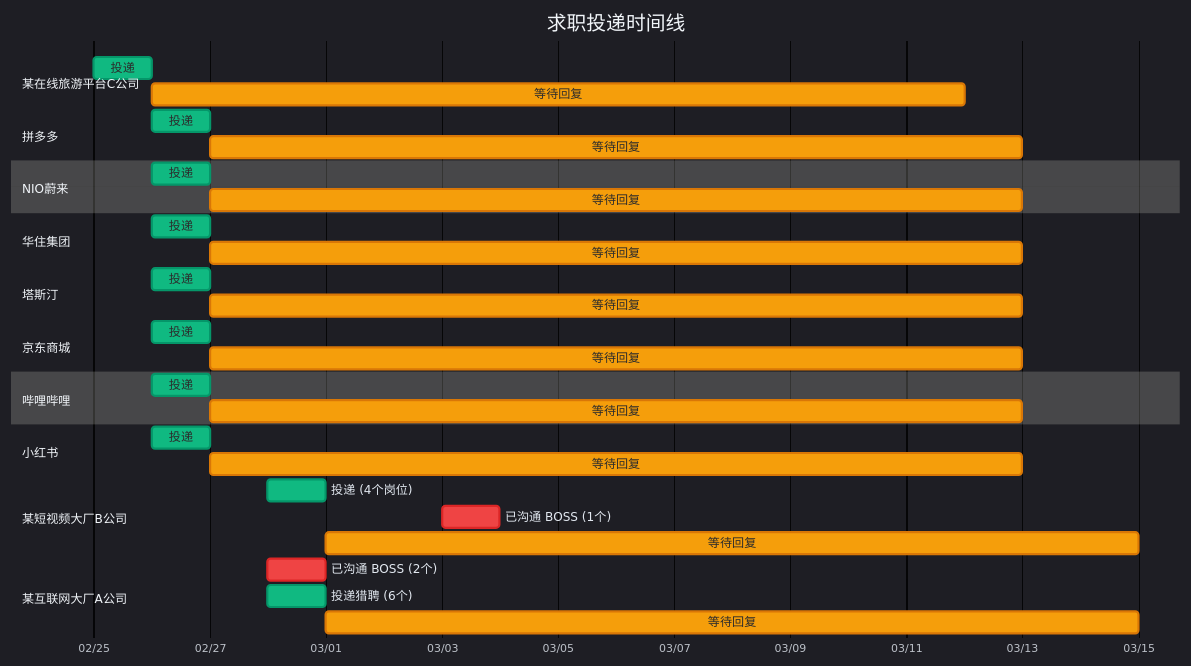
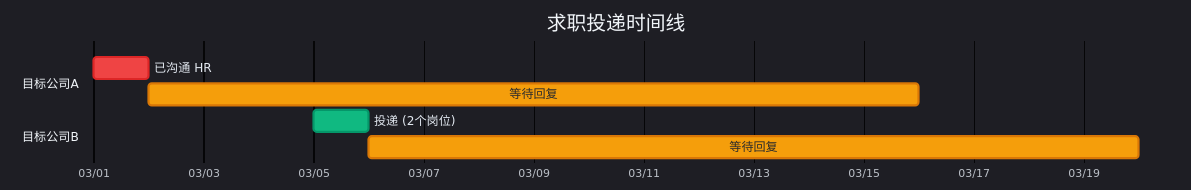
Before and after one commit to XinyuWang98/level-up: the second of 2 diagrams in 02_速查手册/docs/17_interview_prep.md, drawn with Mermaid. The commit also changed other lines of this file and 2 other files, not shown here.

````diff
--- a/02_速查手册/docs/17_interview_prep.md
+++ b/02_速查手册/docs/17_interview_prep.md
@@ -635,49 +635,15 @@
 ```mermaid
 %%{init: {'theme': 'dark', 'themeVariables': {'primaryColor': '#3b82f6', 'primaryTextColor': '#fff', 'primaryBorderColor': '#2563eb', 'secondaryColor': '#f59e0b', 'secondaryTextColor': '#fff', 'secondaryBorderColor': '#d97706', 'tertiaryColor': '#10b981', 'lineColor': '#64748b', 'textColor': '#e2e8f0', 'titleColor': '#f1f5f9', 'sectionBkgColor': 'transparent', 'altSectionBkgColor': 'transparent', 'gridColor': '#475569', 'doneTaskBkgColor': '#10b981', 'doneTaskBorderColor': '#059669', 'activeTaskBkgColor': '#f59e0b', 'activeTaskBorderColor': '#d97706', 'taskBkgColor': '#3b82f6', 'taskBorderColor': '#2563eb', 'taskTextColor': '#ffffff', 'taskTextOutsideColor': '#e2e8f0', 'critBkgColor': '#ef4444', 'critBorderColor': '#dc2626', 'todayLineColor': '#f43f5e'}}}%%
 gantt
     title 求职投递时间线
     dateFormat YYYY-MM-DD
     axisFormat %m/%d
 
-    section 某在线旅游平台C公司
-    投递 :done, ctrip, 2026-02-25, 1d
-    等待回复 :active, ctrip_wait, after ctrip, 14d
+    section 目标公司A
+    已沟通 HR :crit, a_boss, 2026-03-01, 1d
+    等待回复 :active, a_wait, after a_boss, 14d
 
-    section 拼多多
-    投递 :done, pdd, 2026-02-26, 1d
-    等待回复 :active, pdd_wait, after pdd, 14d
-
-    section NIO蔚来
-    投递 :done, nio, 2026-02-26, 1d
-    等待回复 :active, nio_wait, after nio, 14d
-
-    section 华住集团
-    投递 :done, huazhu, 2026-02-26, 1d
-    等待回复 :active, huazhu_wait, after huazhu, 14d
-
-    section 塔斯汀
-    投递 :done, tustin, 2026-02-26, 1d
-    等待回复 :active, tustin_wait, after tustin, 14d
-
-    section 京东商城
-    投递 :done, jd, 2026-02-26, 1d
-    等待回复 :active, jd_wait, after jd, 14d
-
-    section 哔哩哔哩
-    投递 :done, bili, 2026-02-26, 1d
-    等待回复 :active, bili_wait, after bili, 14d
-
-    section 小红书
-    投递 :done, red, 2026-02-26, 1d
-    等待回复 :active, red_wait, after red, 14d
-
-    section 某短视频大厂B公司
-    投递 (4个岗位) :done, byte, 2026-02-28, 1d
-    已沟通 BOSS (1个) :crit, byte_boss, 2026-03-03, 1d
-    等待回复 :active, byte_wait, after byte, 14d
-
-    section 某互联网大厂A公司
-    已沟通 BOSS (2个) :crit, ali_boss, 2026-02-28, 1d
-    投递猎聘 (6个) :done, ali_liepin, 2026-02-28, 1d
-    等待回复 :active, ali_wait, after ali_liepin, 14d
+    section 目标公司B
+    投递 (2个岗位) :done, b_submit, 2026-03-05, 1d
+    等待回复 :active, b_wait, after b_submit, 14d
 ```
````
